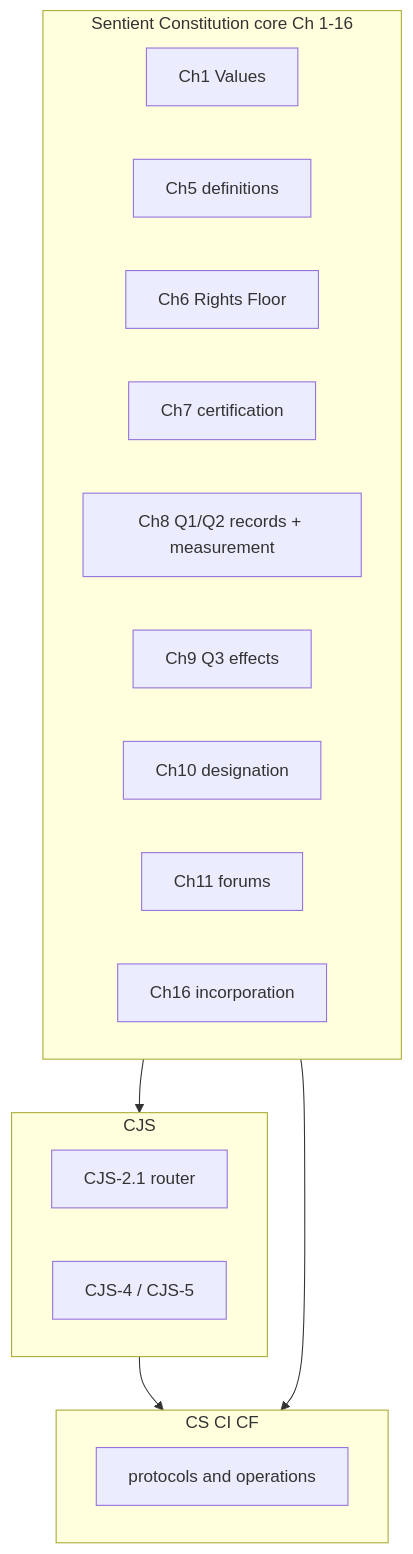
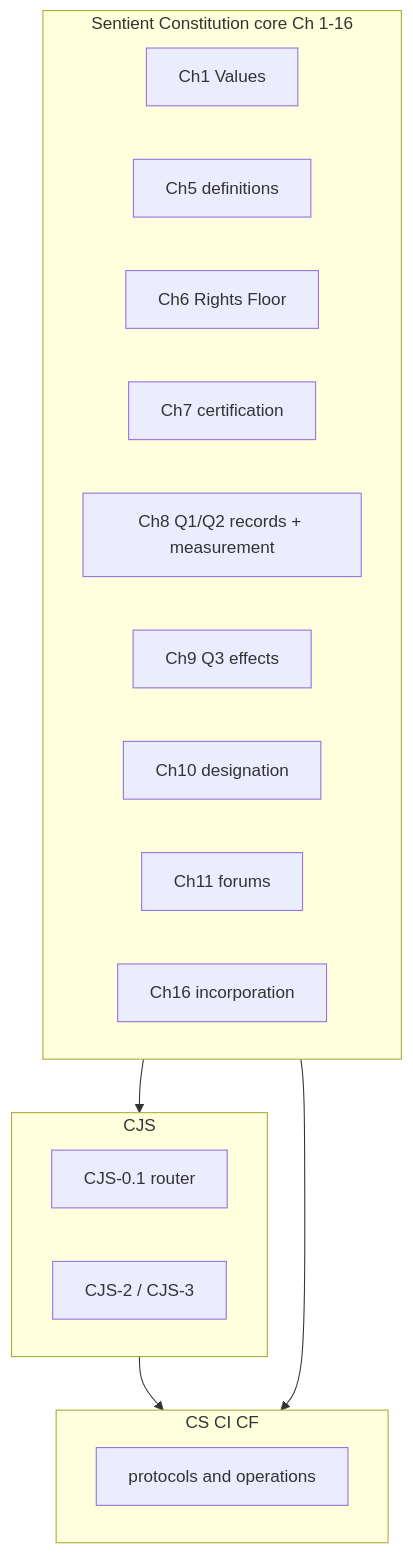
One commit to kfoelsch/Sentient_Constitution changed the diagram in doc_architecture.md. Above: the diagram before and after it, drawn with Mermaid. The commit also changed other lines of this file and 137 other files, not shown here.

````diff
--- a/doc_architecture.md
+++ b/doc_architecture.md
@@ -487,23 +490,23 @@
 ```mermaid
 flowchart TB
   subgraph sc [Sentient Constitution core Ch 1-16]
     C1[Ch1 Values]
     C5[Ch5 definitions]
     C6[Ch6 Rights Floor]
     C7[Ch7 certification]
     C8[Ch8 Q1/Q2 records + measurement]
     C9[Ch9 Q3 effects]
     C10[Ch10 designation]
     C11[Ch11 forums]
     C16[Ch16 incorporation]
   end
   subgraph cjs [CJS]
-    R[CJS-2.1 router]
-    P[CJS-4 / CJS-5]
+    R[CJS-0.1 router]
+    P[CJS-2 / CJS-3]
   end
   subgraph impl [CS CI CF]
     OPS[protocols and operations]
   end
   sc --> cjs --> impl
   sc --> impl
 ```
````
